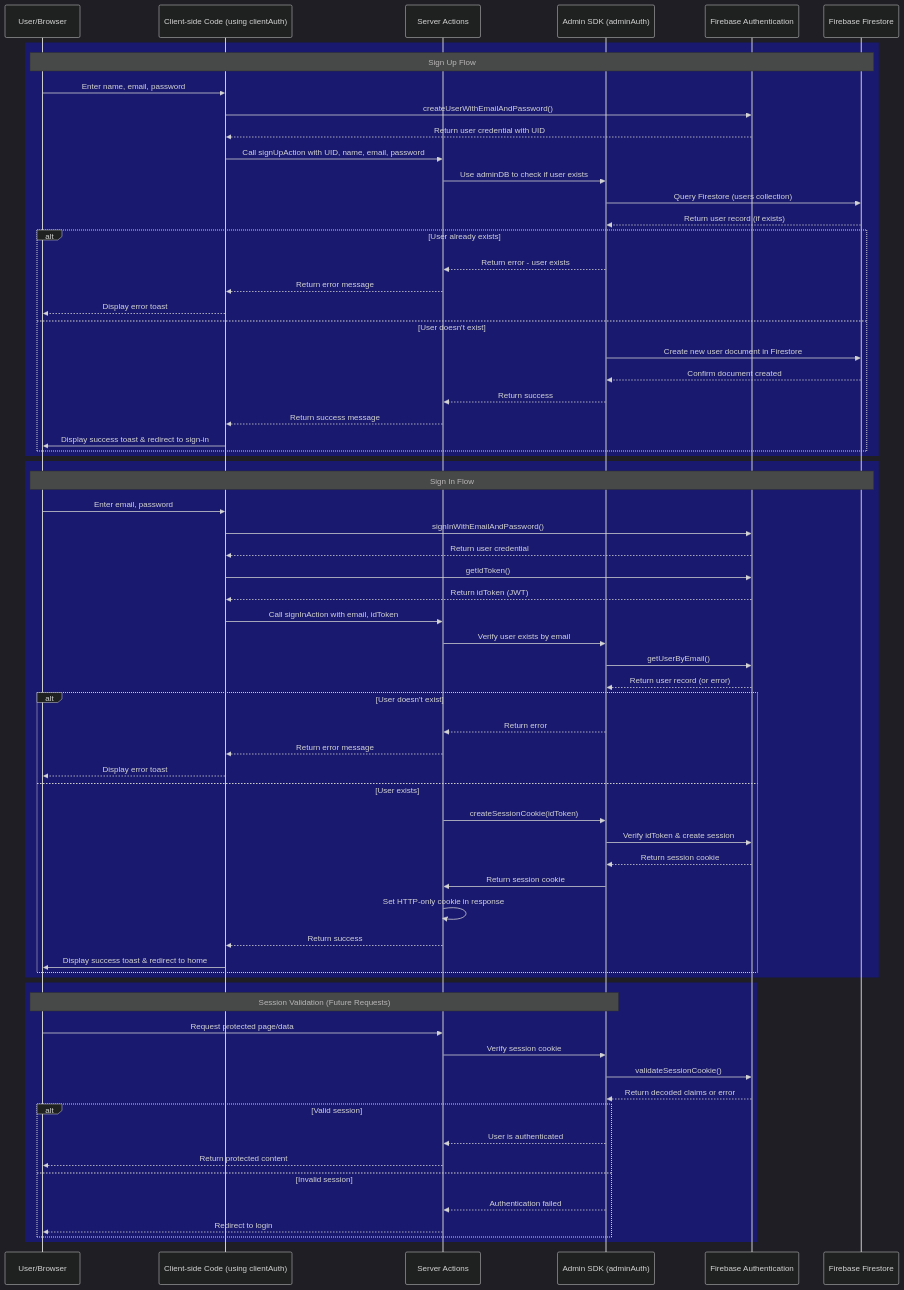
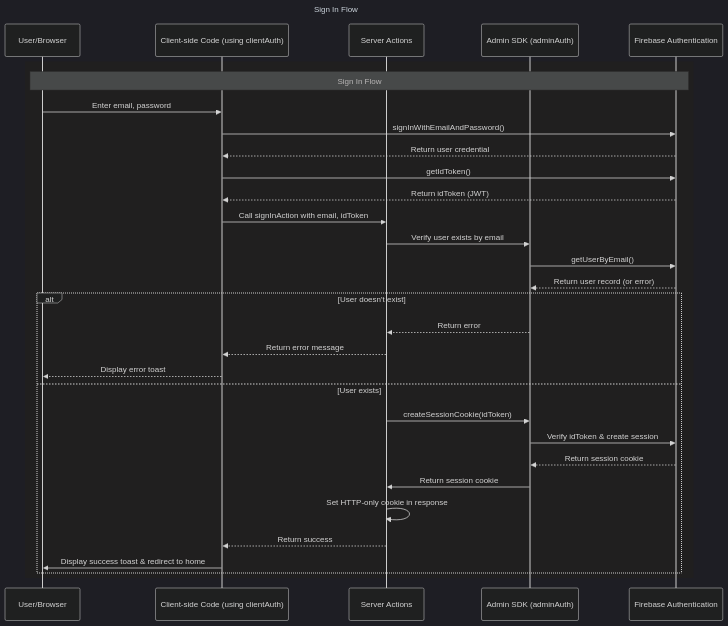
One commit to KeepSerene/vox-navi-ai-interview-prep-next-app changed the second of 3 diagrams in README.md. Above: the diagram before and after it, drawn with Mermaid. The commit also changed other lines of this file, not shown here.

Commit message:
split the auth flow mermaid diagram into 3 separate diagrams

````diff
--- a/README.md
+++ b/README.md
@@ -134,79 +181,37 @@
 ```mermaid
-%%{init: {'theme': 'dark'}}%%
+%%{init: {'theme': 'dark', 'themeVariables': { 'background': '#0d1117', 'textColor': '#c9d1d9'}}}%%
 sequenceDiagram
+title Sign In Flow
 participant User as User/Browser
 participant Client as Client-side Code (using clientAuth)
 participant ServerAction as Server Actions
 participant AdminSDK as Admin SDK (adminAuth)
 participant FirebaseAuth as Firebase Authentication
-participant FirebaseDB as Firebase Firestore
 
-    %% Sign Up Flow
-    rect rgb(25, 25, 112)
-    Note over User, FirebaseDB: Sign Up Flow
-    User->>Client: Enter name, email, password
-    Client->>FirebaseAuth: createUserWithEmailAndPassword()
-    FirebaseAuth-->>Client: Return user credential with UID
-    Client->>ServerAction: Call signUpAction with UID, name, email, password
-    ServerAction->>AdminSDK: Use adminDB to check if user exists
-    AdminSDK->>FirebaseDB: Query Firestore (users collection)
-    FirebaseDB-->>AdminSDK: Return user record (if exists)
-
-    alt User already exists
-        AdminSDK-->>ServerAction: Return error - user exists
-        ServerAction-->>Client: Return error message
-        Client-->>User: Display error toast
-    else User doesn't exist
-        AdminSDK->>FirebaseDB: Create new user document in Firestore
-        FirebaseDB-->>AdminSDK: Confirm document created
-        AdminSDK-->>ServerAction: Return success
-        ServerAction-->>Client: Return success message
-        Client->>User: Display success toast & redirect to sign-in
-    end
-    end
-
-    %% Sign In Flow
-    rect rgb(25, 25, 112)
-    Note over User, FirebaseDB: Sign In Flow
+rect #161b22
+    Note over User, FirebaseAuth: Sign In Flow
     User->>Client: Enter email, password
     Client->>FirebaseAuth: signInWithEmailAndPassword()
     FirebaseAuth-->>Client: Return user credential
     Client->>FirebaseAuth: getIdToken()
     FirebaseAuth-->>Client: Return idToken (JWT)
     Client->>ServerAction: Call signInAction with email, idToken
     ServerAction->>AdminSDK: Verify user exists by email
     AdminSDK->>FirebaseAuth: getUserByEmail()
     FirebaseAuth-->>AdminSDK: Return user record (or error)
 
     alt User doesn't exist
         AdminSDK-->>ServerAction: Return error
         ServerAction-->>Client: Return error message
         Client-->>User: Display error toast
     else User exists
         ServerAction->>AdminSDK: createSessionCookie(idToken)
         AdminSDK->>FirebaseAuth: Verify idToken & create session
         FirebaseAuth-->>AdminSDK: Return session cookie
         AdminSDK->>ServerAction: Return session cookie
         ServerAction->>ServerAction: Set HTTP-only cookie in response
         ServerAction-->>Client: Return success
         Client->>User: Display success toast & redirect to home
     end
-    end
-
-    %% Session Validation (on subsequent requests)
-    rect rgb(25, 25, 112)
-    Note over User, AdminSDK: Session Validation (Future Requests)
-    User->>ServerAction: Request protected page/data
-    ServerAction->>AdminSDK: Verify session cookie
-    AdminSDK->>FirebaseAuth: validateSessionCookie()
-    FirebaseAuth-->>AdminSDK: Return decoded claims or error
-
-    alt Valid session
-        AdminSDK-->>ServerAction: User is authenticated
-        ServerAction-->>User: Return protected content
-    else Invalid session
-        AdminSDK-->>ServerAction: Authentication failed
-        ServerAction-->>User: Redirect to login
-    end
-    end
+end
 ```
````
